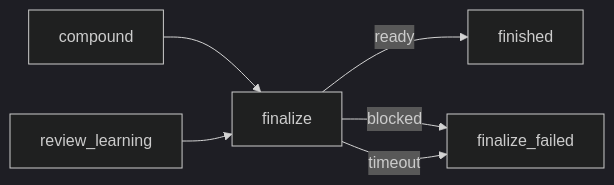
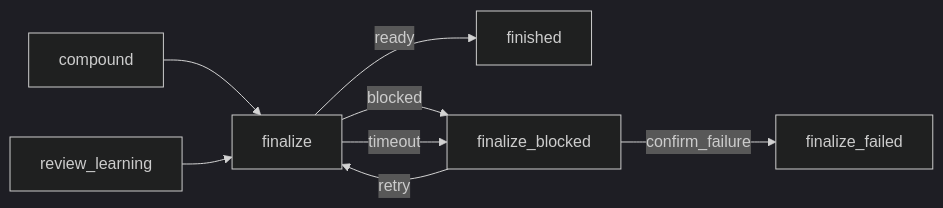
The diagram in docs/plans/2026-10-24-001-fix-compound-finalize-zdjecie-draft-plan.md (glakartur/narsor), drawn with Mermaid (dark theme) before and after one commit. The commit also changed other lines of this file, not shown here.

Commit message:
docs(plan): reviewed plan restores the finalize_blocked gate and records the current code state

````diff
--- a/docs/plans/2026-10-24-001-fix-compound-finalize-zdjecie-draft-plan.md
+++ b/docs/plans/2026-10-24-001-fix-compound-finalize-zdjecie-draft-plan.md
@@ -75,8 +80,10 @@
 ```mermaid
 flowchart LR
   compound --> finalize
   review_learning --> finalize
   finalize -- ready --> finished
-  finalize -- blocked --> finalize_failed
-  finalize -- timeout --> finalize_failed
+  finalize -- blocked --> finalize_blocked
+  finalize -- timeout --> finalize_blocked
+  finalize_blocked -- retry --> finalize
+  finalize_blocked -- confirm_failure --> finalize_failed
 ```
````
